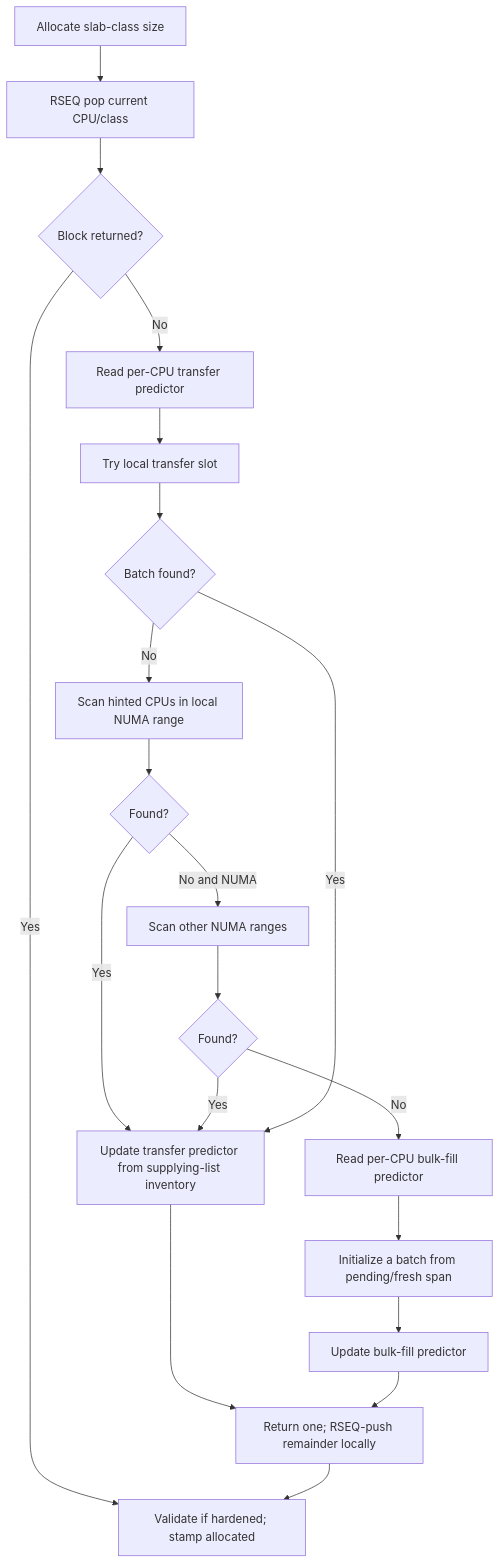
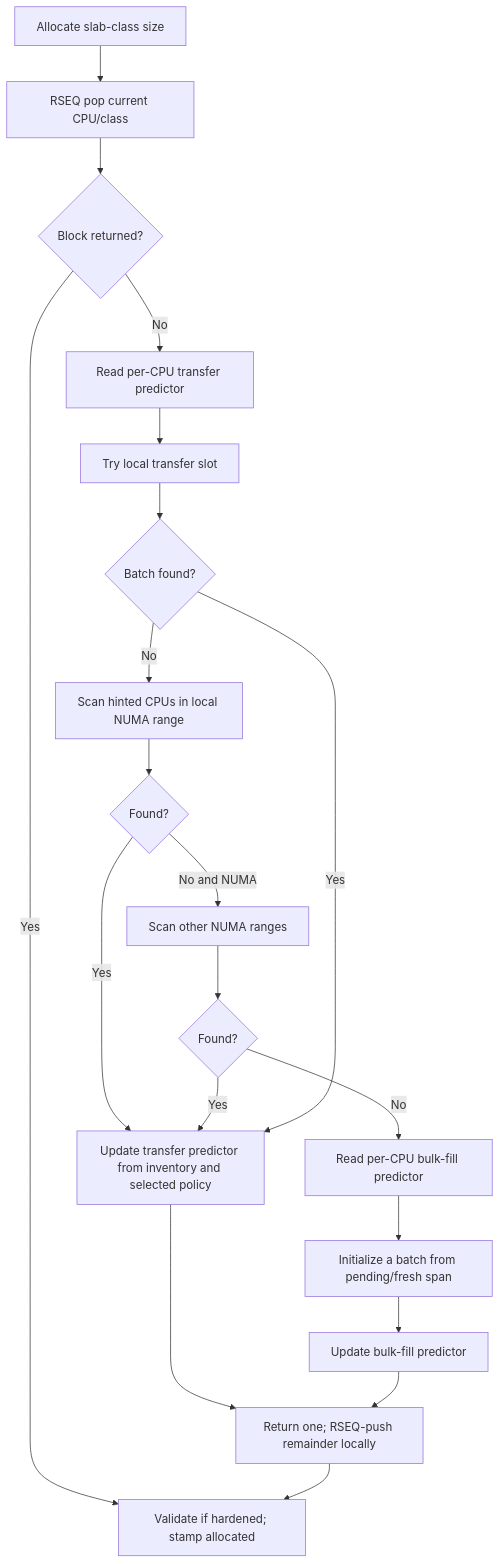
Before and after one commit to Metehan120/rsmalloc: the second of 3 diagrams in ARCHITECTURE.md, drawn with Mermaid. The commit also changed other lines of this file and 6 other files, not shown here.

````diff
--- a/ARCHITECTURE.md
+++ b/ARCHITECTURE.md
@@ -93,22 +93,22 @@
 ```mermaid
 flowchart TD
     START["Allocate slab-class size"] --> POP["RSEQ pop current CPU/class"]
     POP --> HIT{"Block returned?"}
     HIT -- Yes --> STAMP["Validate if hardened; stamp allocated"]
     HIT -- No --> CHOOSE["Read per-CPU transfer predictor"]
     CHOOSE --> TRY["Try local transfer slot"]
     TRY --> LOCALHIT{"Batch found?"}
     LOCALHIT -- No --> SAME["Scan hinted CPUs in local NUMA range"]
     SAME --> REMOTE{"Found?"}
     REMOTE -- No and NUMA --> OTHER["Scan other NUMA ranges"]
     OTHER --> RESULT{"Found?"}
-    REMOTE -- Yes --> FEEDBACK["Update transfer predictor from supplying-list inventory"]
+    REMOTE -- Yes --> FEEDBACK["Update transfer predictor from inventory and selected policy"]
     RESULT -- Yes --> FEEDBACK
     LOCALHIT -- Yes --> FEEDBACK
     FEEDBACK --> ONE["Return one; RSEQ-push remainder locally"]
     ONE --> STAMP
     RESULT -- No --> BF["Read per-CPU bulk-fill predictor"]
     BF --> INIT["Initialize a batch from pending/fresh span"]
     INIT --> BFEDBACK["Update bulk-fill predictor"]
     BFEDBACK --> ONE
 ```
````
